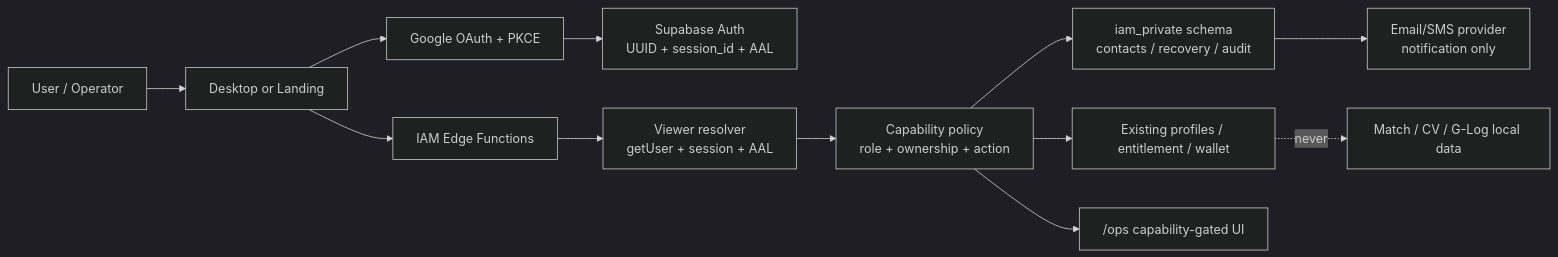
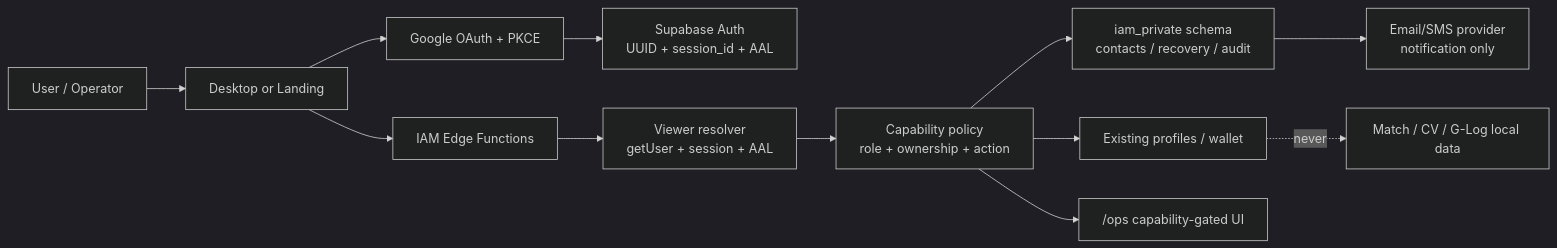
One commit to Freshair129/G-Maiden changed the diagram in docs/change request/CR-034-gid-iam-production-completion.md. Above: the diagram before and after it, drawn with Mermaid (dark theme). The commit also changed other lines of this file and 132 other files, not shown here.

First line of the commit message:
fix(gmad): remove cancelled beta distribution flows

````diff
--- a/docs/change request/CR-034-gid-iam-production-completion.md
+++ b/docs/change request/CR-034-gid-iam-production-completion.md
@@ -235,14 +232,14 @@
 ```mermaid
 flowchart LR
   U["User / Operator"] --> D["Desktop or Landing"]
   D --> G["Google OAuth + PKCE"]
   G --> A["Supabase Auth\nUUID + session_id + AAL"]
   D --> E["IAM Edge Functions"]
   E --> V["Viewer resolver\ngetUser + session + AAL"]
   V --> C["Capability policy\nrole + ownership + action"]
   C --> P["iam_private schema\ncontacts / recovery / audit"]
-  C --> X["Existing profiles / entitlement / wallet"]
+  C --> X["Existing profiles / wallet"]
   P --> N["Email/SMS provider\nnotification only"]
   C --> O["/ops capability-gated UI"]
   X -. "never" .-> L["Match / CV / G-Log local data"]
 ```
````
